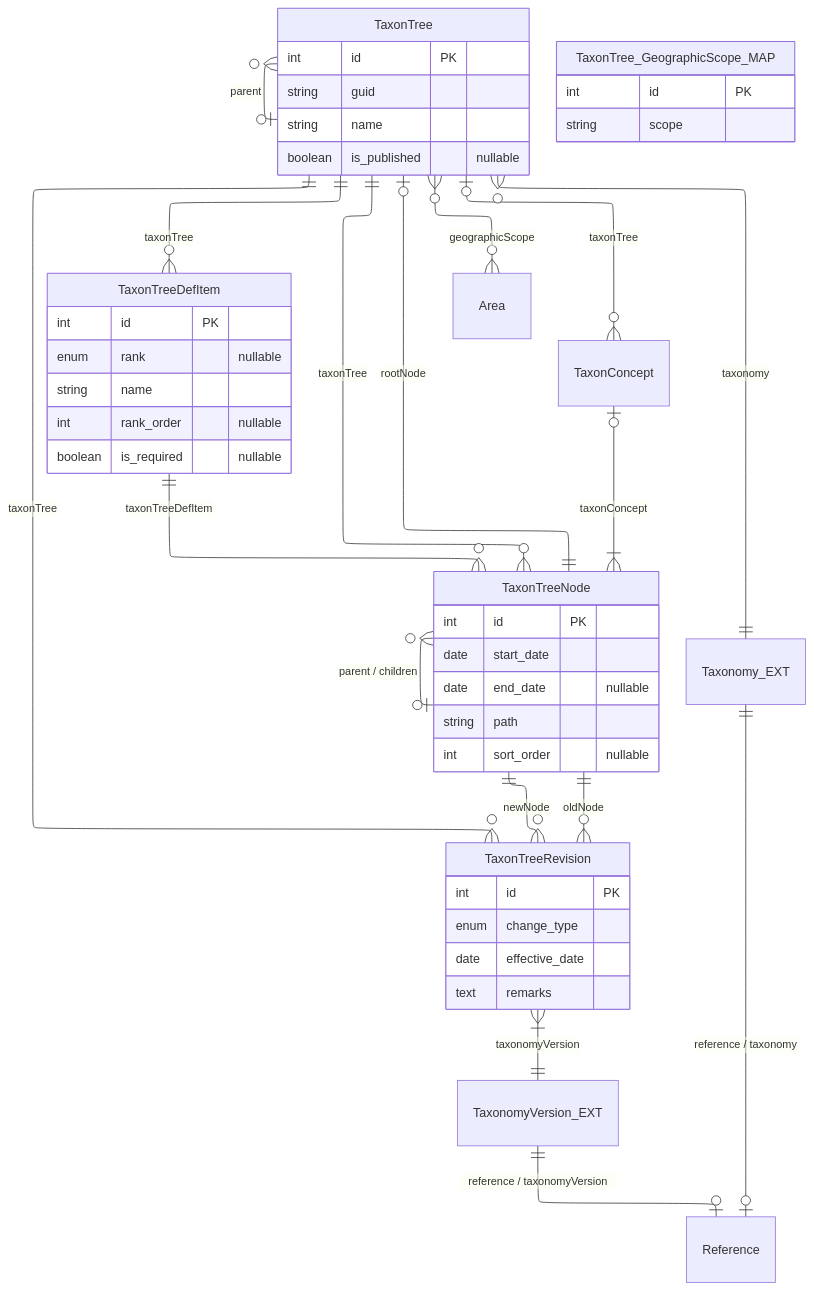
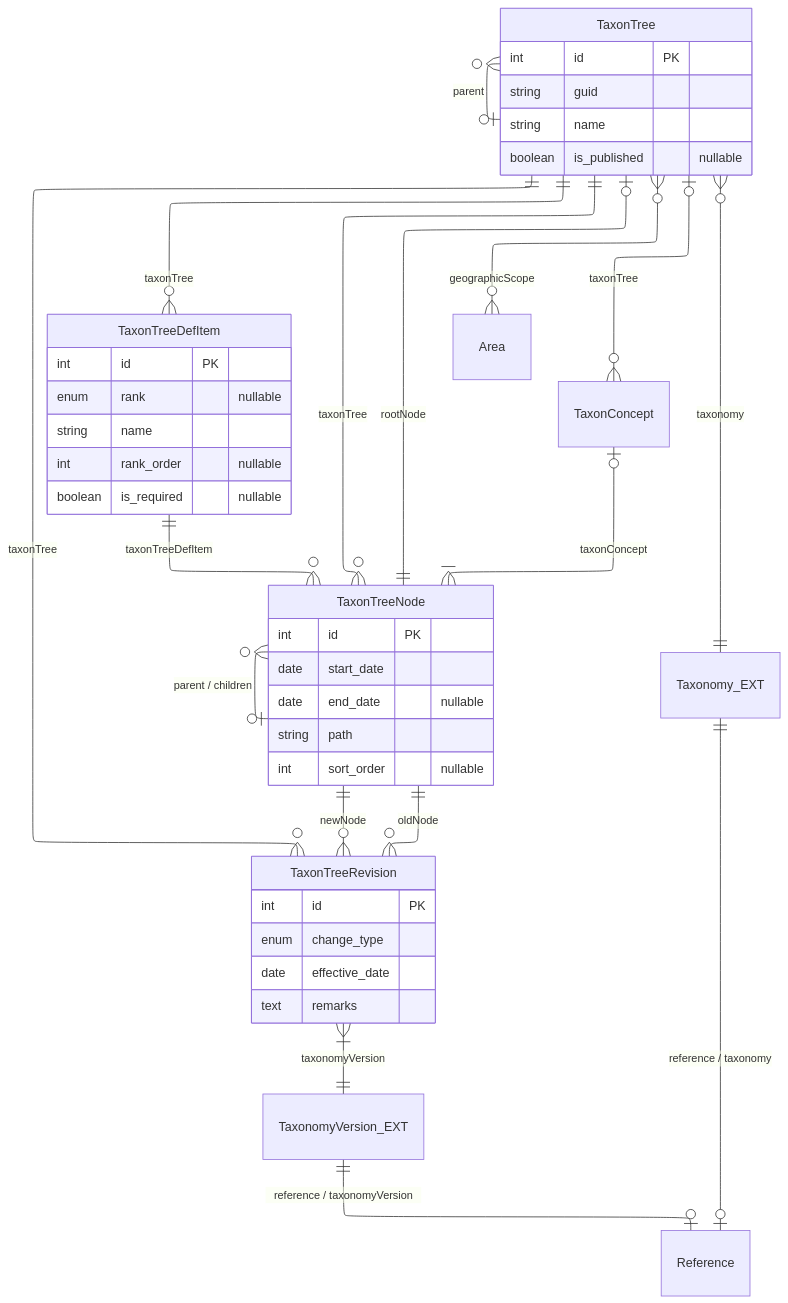
Before and after one commit to vicflora/vicflora-docs: the diagram in source/_mermaid/layer-3-governance.mmd, drawn with Mermaid. The commit also changed 26 other files, not shown here.

```diff
--- a/source/_mermaid/layer-3-governance.mmd
+++ b/source/_mermaid/layer-3-governance.mmd
@@ -1,62 +1,57 @@
 ---
 config:
   layout: elk
 ---
 erDiagram
 
   TaxonTree ||--o{ TaxonTreeDefItem : "taxonTree"
   TaxonTree ||--o{ TaxonTreeNode : "taxonTree"
   TaxonTree |o--|| TaxonTreeNode : "rootNode"
   TaxonTree }o--o{ Area : "geographicScope"
   TaxonTree }o--o| TaxonTree : "parent"
   
   TaxonTree |o--o{ TaxonConcept : taxonTree
   TaxonConcept |o--|{ TaxonTreeNode : taxonConcept
 
   TaxonTreeDefItem ||--o{ TaxonTreeNode : "taxonTreeDefItem"
   
   TaxonTreeNode ||--o{ TaxonTreeRevision : "oldNode"
   TaxonTreeNode ||--o{ TaxonTreeRevision : "newNode"
   TaxonTree ||--o{ TaxonTreeRevision : "taxonTree"
   
   TaxonTreeNode }o--o| TaxonTreeNode : "parent / children"
 
   TaxonTree }o--|| Taxonomy_EXT : "taxonomy"
   Taxonomy_EXT ||--o| Reference : "reference / taxonomy"
   TaxonTreeRevision }|--|| TaxonomyVersion_EXT : "taxonomyVersion"
   TaxonomyVersion_EXT ||--o| Reference : "reference / taxonomyVersion"
 
   TaxonTree {
     int id PK
     string guid 
     string name
     boolean is_published "nullable"
   }
 
-  TaxonTree_GeographicScope_MAP {
-    int id PK
-    string scope
-  }
-
   TaxonTreeDefItem {
     int id PK
     enum rank "nullable"
     string name 
     int rank_order "nullable"
     boolean is_required "nullable"
   }
 
   TaxonTreeNode {
     int id PK
     date start_date
     date end_date "nullable"
     string path
     int sort_order "nullable"
   }
 
   TaxonTreeRevision {
     int id PK
     enum change_type
     date effective_date
     text remarks
   }
```
